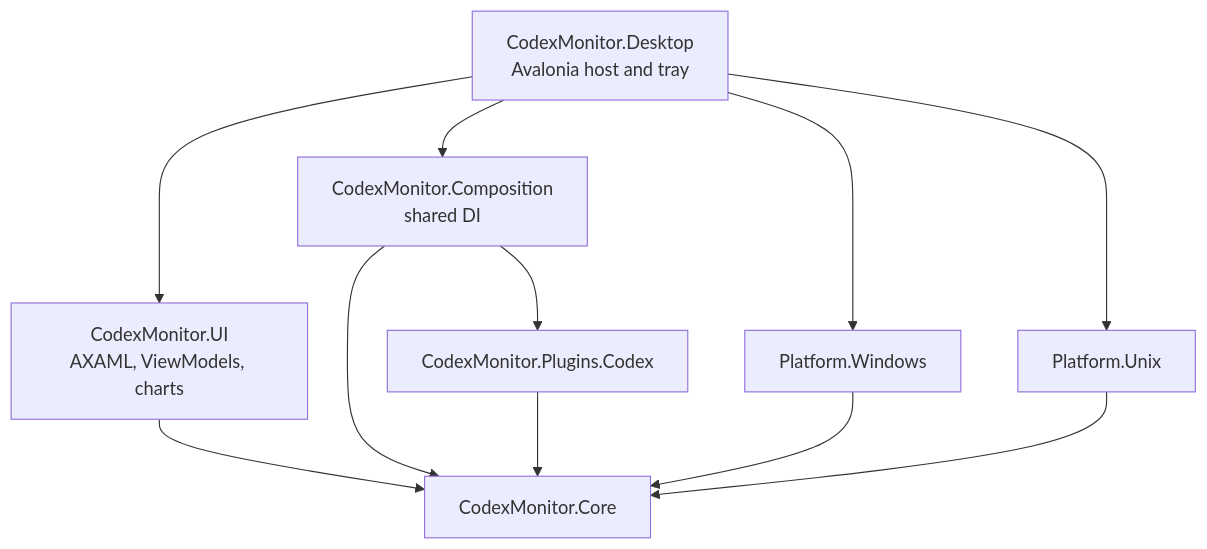
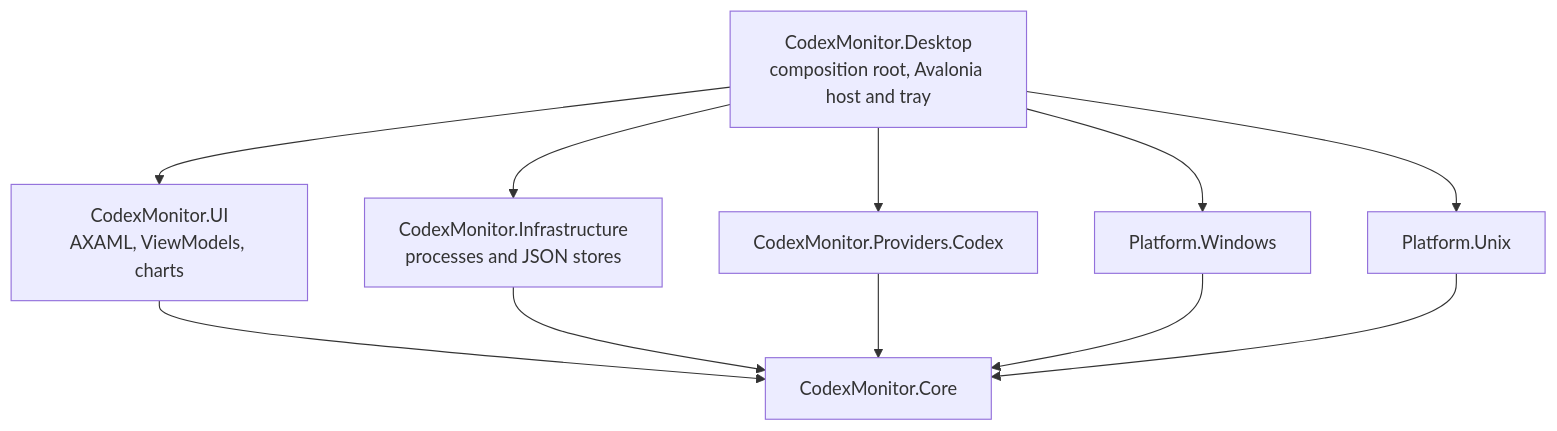
The diagram in docs/ARCHITECTURE.md (ppotepa/codex-monitor), drawn with Mermaid before and after one commit. The commit also changed other lines of this file and 185 other files, not shown here.

````diff
--- a/docs/ARCHITECTURE.md
+++ b/docs/ARCHITECTURE.md
@@ -5,13 +5,13 @@
 ```mermaid
 flowchart TB
-    Desktop[CodexMonitor.Desktop<br/>Avalonia host and tray] --> UI[CodexMonitor.UI<br/>AXAML, ViewModels, charts]
-    Desktop --> Composition[CodexMonitor.Composition<br/>shared DI]
+    Desktop[CodexMonitor.Desktop<br/>composition root, Avalonia host and tray] --> UI[CodexMonitor.UI<br/>AXAML, ViewModels, charts]
     Desktop --> Windows[Platform.Windows]
     Desktop --> Unix[Platform.Unix]
+    Desktop --> Infrastructure[CodexMonitor.Infrastructure<br/>processes and JSON stores]
+    Desktop --> Provider[CodexMonitor.Providers.Codex]
     UI --> Core[CodexMonitor.Core]
-    Composition --> Core
-    Composition --> Codex[CodexMonitor.Plugins.Codex]
-    Codex --> Core
+    Infrastructure --> Core
+    Provider --> Core
     Windows --> Core
     Unix --> Core
 ```
````
